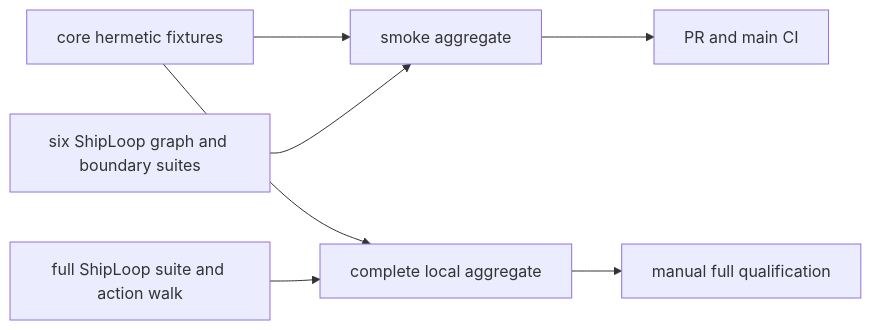
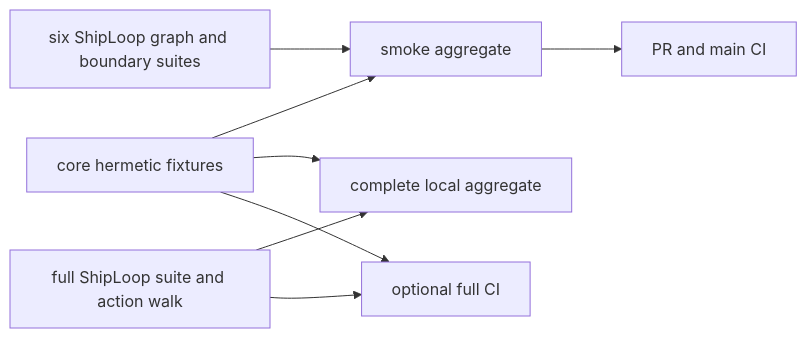
The diagram in test/README.md (whichguy/skill-craft), drawn with Mermaid before and after one commit. The commit also changed other lines of this file and 38 other files, not shown here.

````diff
--- a/test/README.md
+++ b/test/README.md
@@ -7,9 +7,10 @@
 ```mermaid
 flowchart LR
     C["core hermetic fixtures"] --> S["smoke aggregate"]
     G["six ShipLoop graph and boundary suites"] --> S
     S --> P["PR and main CI"]
     C --> A["complete local aggregate"]
     F["full ShipLoop suite and action walk"] --> A
-    A --> M["manual full qualification"]
+    C --> M["optional full CI"]
+    F --> M
 ```
````
